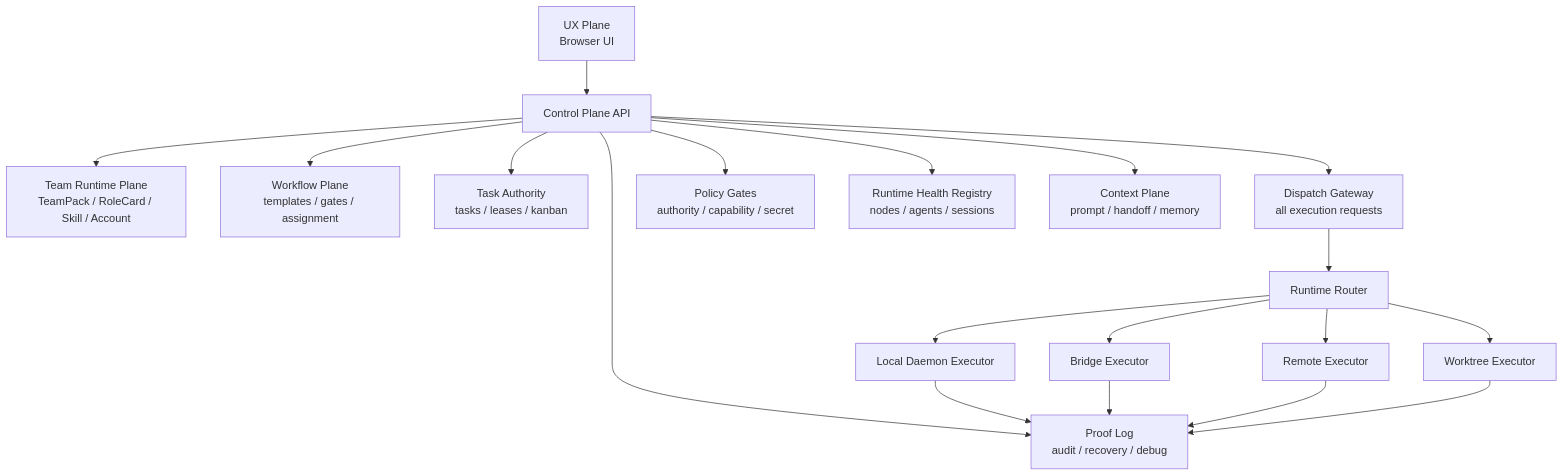
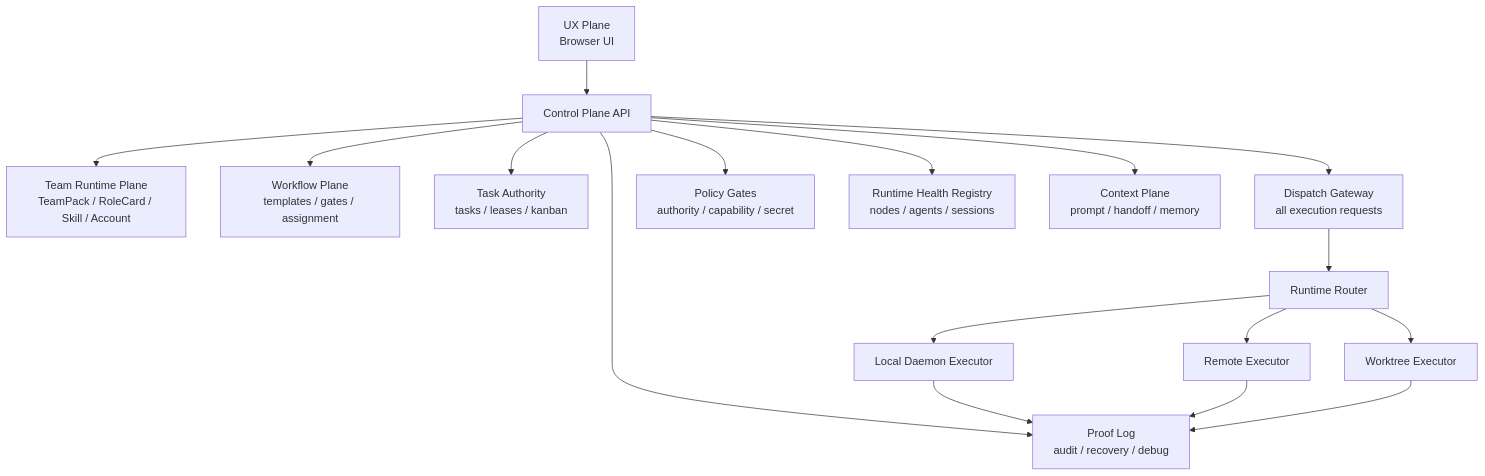
The diagram in specs/system-control-plane/spec.md (changhuaqiu/agent-task-team), drawn with Mermaid before and after one commit. The commit also changed other lines of this file and 34 other files, not shown here.

````diff
--- a/specs/system-control-plane/spec.md
+++ b/specs/system-control-plane/spec.md
@@ -74,24 +74,22 @@
 ```mermaid
 flowchart TD
   UI["UX Plane<br/>Browser UI"] --> API["Control Plane API"]
 
   API --> Team["Team Runtime Plane<br/>TeamPack / RoleCard / Skill / Account"]
   API --> Workflow["Workflow Plane<br/>templates / gates / assignment"]
   API --> Task["Task Authority<br/>tasks / leases / kanban"]
   API --> Dispatch["Dispatch Gateway<br/>all execution requests"]
   API --> Policy["Policy Gates<br/>authority / capability / secret"]
   API --> Health["Runtime Health Registry<br/>nodes / agents / sessions"]
   API --> Proof["Proof Log<br/>audit / recovery / debug"]
   API --> Context["Context Plane<br/>prompt / handoff / memory"]
 
   Dispatch --> Router["Runtime Router"]
   Router --> Local["Local Daemon Executor"]
-  Router --> Bridge["Bridge Executor"]
   Router --> Remote["Remote Executor"]
   Router --> Worktree["Worktree Executor"]
 
   Local --> Proof
-  Bridge --> Proof
   Remote --> Proof
   Worktree --> Proof
 ```
````
